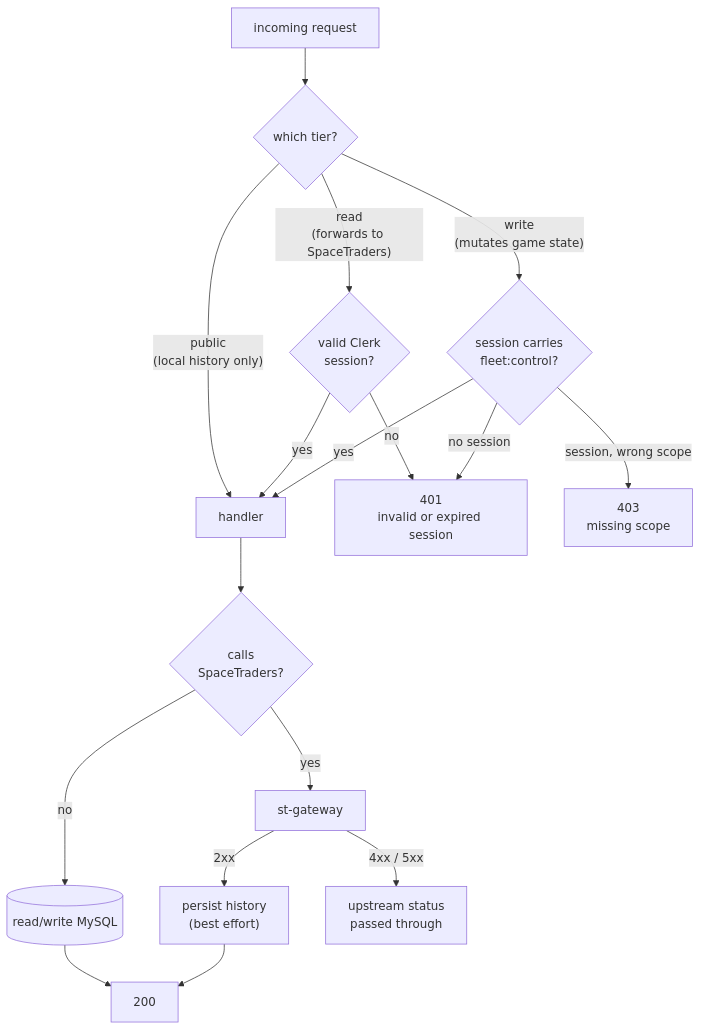
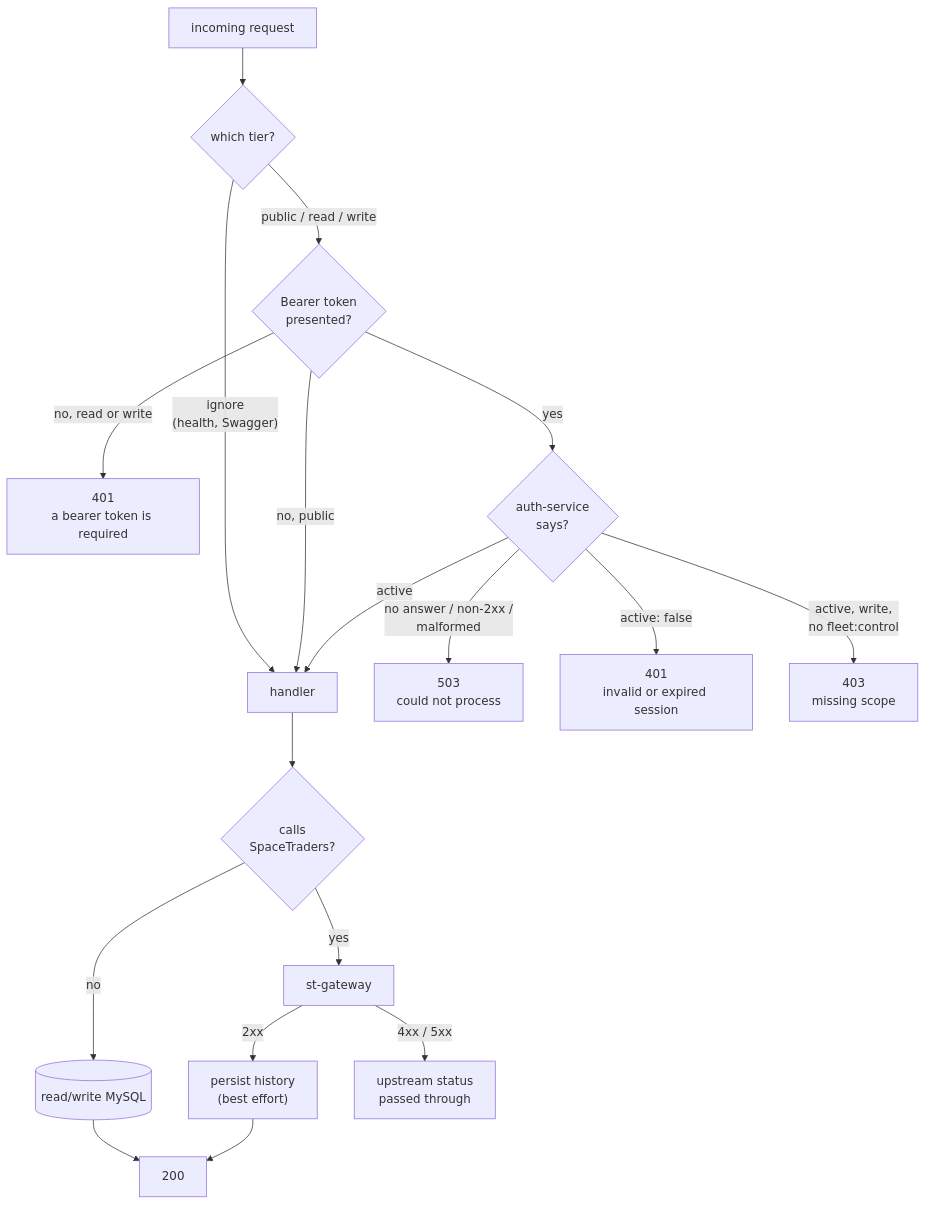
Before and after one commit to V-M-Pioneer-Trading/agent-service: the second of 3 diagrams in README.md, drawn with Mermaid. The commit also changed other lines of this file and 21 other files, not shown here.

First line of the commit message:
Ask auth-service what a token carries; deliveries needs fleet:control (meta#80 step 6) (#24)

````diff
--- a/README.md
+++ b/README.md
@@ -57,21 +69,20 @@
 ```mermaid
 flowchart TD
     req["incoming request"] --> tier{"which tier?"}
 
-    tier -->|"public<br/>(local history only)"| handler["handler"]
-
-    tier -->|"read<br/>(forwards to SpaceTraders)"| sess{"valid Clerk<br/>session?"}
-    sess -->|no| e401["401<br/>invalid or expired session"]
-    sess -->|yes| handler
-
-    tier -->|"write<br/>(mutates game state)"| scope{"session carries<br/>fleet:control?"}
-    scope -->|no session| e401
-    scope -->|"session, wrong scope"| e403["403<br/>missing scope"]
-    scope -->|yes| handler
+    tier -->|"ignore<br/>(health, Swagger)"| handler["handler"]
+    tier -->|"public / read / write"| bearer{"Bearer token<br/>presented?"}
+    bearer -->|"no, public"| handler
+    bearer -->|"no, read or write"| e401a["401<br/>a bearer token is required"]
+    bearer -->|yes| center{"auth-service<br/>says?"}
+    center -->|"no answer / non-2xx /<br/>malformed"| e503["503<br/>could not process"]
+    center -->|"active: false"| e401b["401<br/>invalid or expired session"]
+    center -->|"active, write,<br/>no fleet:control"| e403["403<br/>missing scope"]
+    center -->|"active"| handler
 
     handler --> up{"calls<br/>SpaceTraders?"}
     up -->|no| db[("read/write MySQL")] --> ok["200"]
     up -->|yes| gw["st-gateway"]
     gw -->|"2xx"| persist["persist history<br/>(best effort)"] --> ok
     gw -->|"4xx / 5xx"| passthru["upstream status<br/>passed through"]
 ```
````
